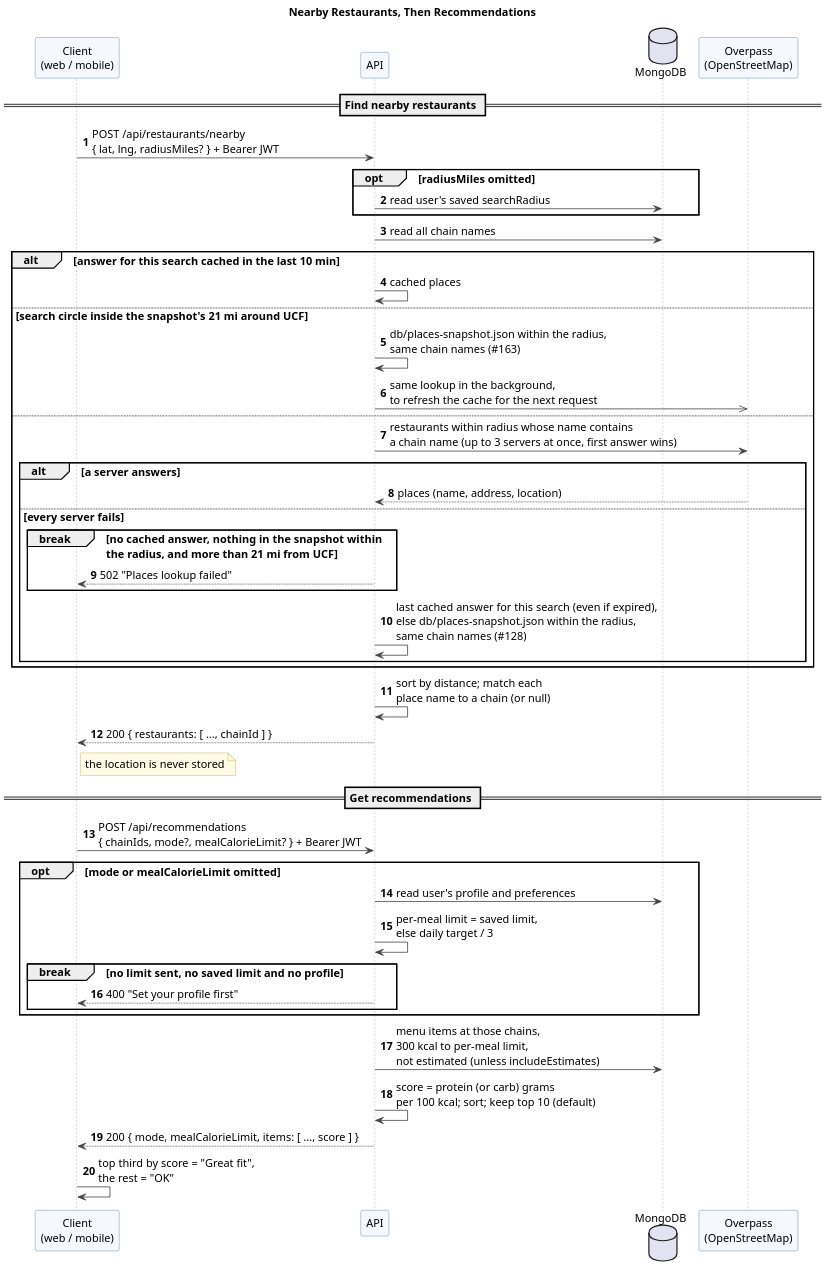
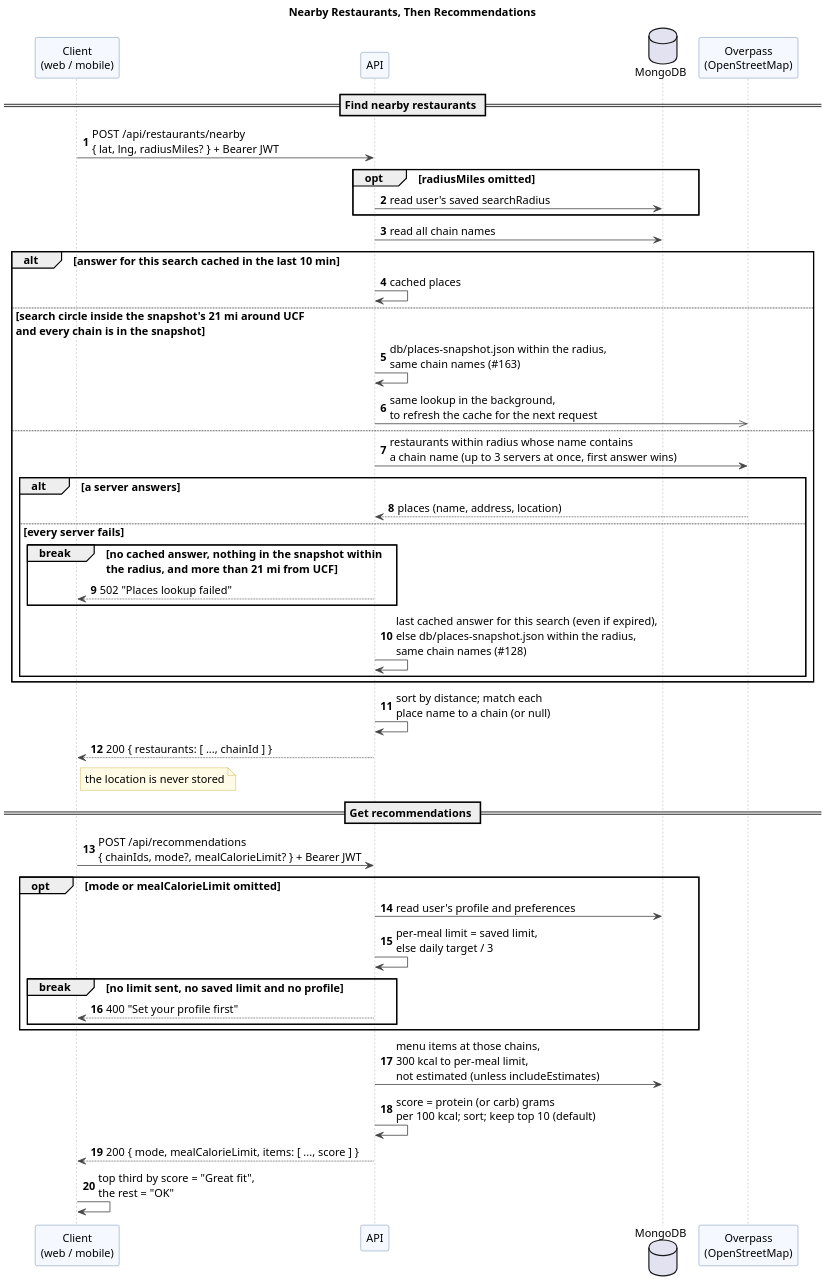
The diagram in docs/diagrams/sequence-recommendations.puml (polter-dev/POOSD_large_proj), drawn with PlantUML before and after one commit. The commit also changed 7 other files, not shown here.

Commit message:
Nearby: take the snapshot fast path only when every chain is in the snapshot

```diff
--- a/docs/diagrams/sequence-recommendations.puml
+++ b/docs/diagrams/sequence-recommendations.puml
@@ -1,64 +1,64 @@
 @startuml sequence-recommendations
 ' Menu Macro Fitter -- nearby restaurants, then recommendations (issue #37)
 ' Call order from backend/src/controllers/restaurants.js and recommendations.js. The student is already logged in.
 
 skinparam defaultFontName Verdana
 scale 2
 skinparam defaultFontSize 14
 skinparam shadowing false
 skinparam ArrowColor #444444
 skinparam sequenceLifeLineBorderColor #999999
 skinparam sequenceParticipantBackgroundColor #F5F9FF
 skinparam sequenceParticipantBorderColor #4A6FA5
 skinparam noteBackgroundColor #FFFBE6
 skinparam noteBorderColor #C9A227
 autonumber
 
 title Nearby Restaurants, Then Recommendations
 
 participant "Client\n(web / mobile)" as Client
 participant API
 database MongoDB
 participant "Overpass\n(OpenStreetMap)" as Overpass
 
 == Find nearby restaurants ==
 Client -> API : POST /api/restaurants/nearby\n{ lat, lng, radiusMiles? } + Bearer JWT
 opt radiusMiles omitted
   API -> MongoDB : read user's saved searchRadius
 end
 API -> MongoDB : read all chain names
 alt answer for this search cached in the last 10 min
   API -> API : cached places
-else search circle inside the snapshot's 21 mi around UCF
+else search circle inside the snapshot's 21 mi around UCF\nand every chain is in the snapshot
   API -> API : db/places-snapshot.json within the radius,\nsame chain names (#163)
   API ->> Overpass : same lookup in the background,\nto refresh the cache for the next request
 else
   API -> Overpass : restaurants within radius whose name contains\na chain name (up to 3 servers at once, first answer wins)
   alt a server answers
     Overpass --> API : places (name, address, location)
   else every server fails
     break no cached answer, nothing in the snapshot within\nthe radius, and more than 21 mi from UCF
       API --> Client : 502 "Places lookup failed"
     end
     API -> API : last cached answer for this search (even if expired),\nelse db/places-snapshot.json within the radius,\nsame chain names (#128)
   end
 end
 API -> API : sort by distance; match each\nplace name to a chain (or null)
 API --> Client : 200 { restaurants: [ ..., chainId ] }
 note right of Client : the location is never stored
 
 == Get recommendations ==
 Client -> API : POST /api/recommendations\n{ chainIds, mode?, mealCalorieLimit? } + Bearer JWT
 opt mode or mealCalorieLimit omitted
   API -> MongoDB : read user's profile and preferences
   API -> API : per-meal limit = saved limit,\nelse daily target / 3
   break no limit sent, no saved limit and no profile
     API --> Client : 400 "Set your profile first"
   end
 end
 API -> MongoDB : menu items at those chains,\n300 kcal to per-meal limit,\nnot estimated (unless includeEstimates)
 API -> API : score = protein (or carb) grams\nper 100 kcal; sort; keep top 10 (default)
 API --> Client : 200 { mode, mealCalorieLimit, items: [ ..., score ] }
 Client -> Client : top third by score = "Great fit",\nthe rest = "OK"
 
 @enduml
```
